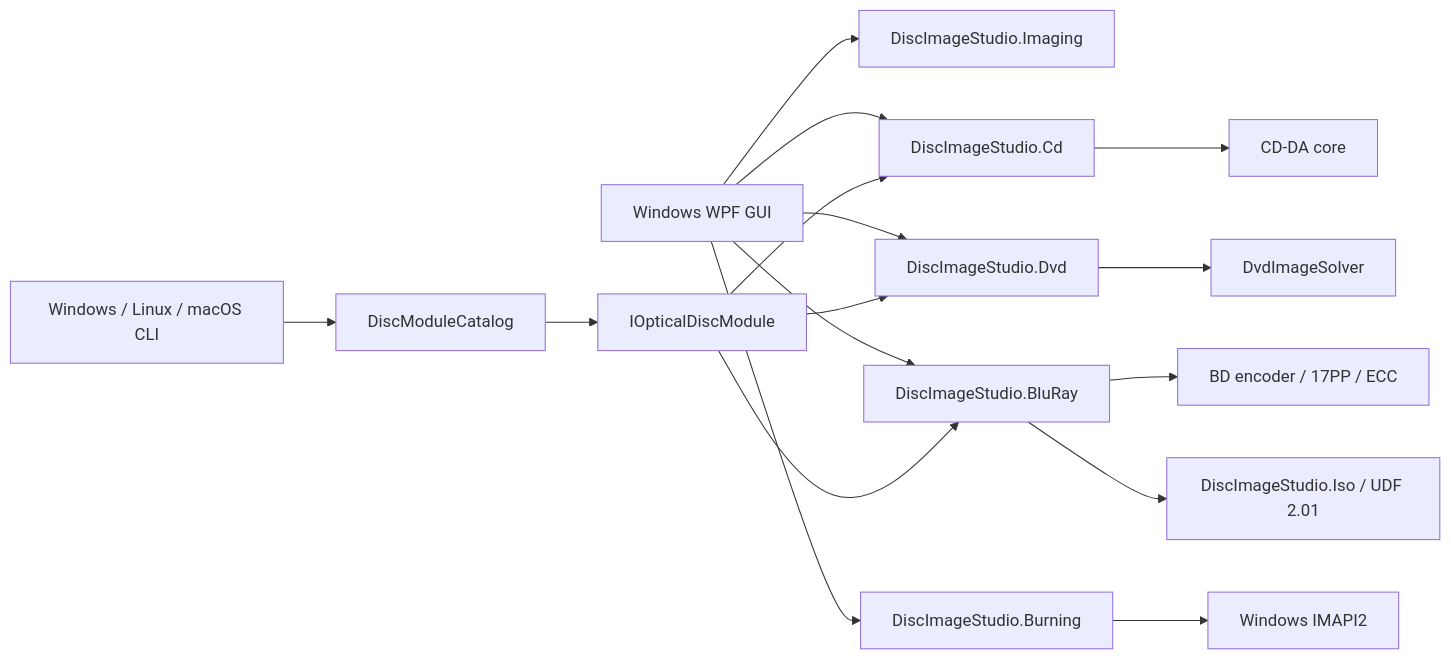
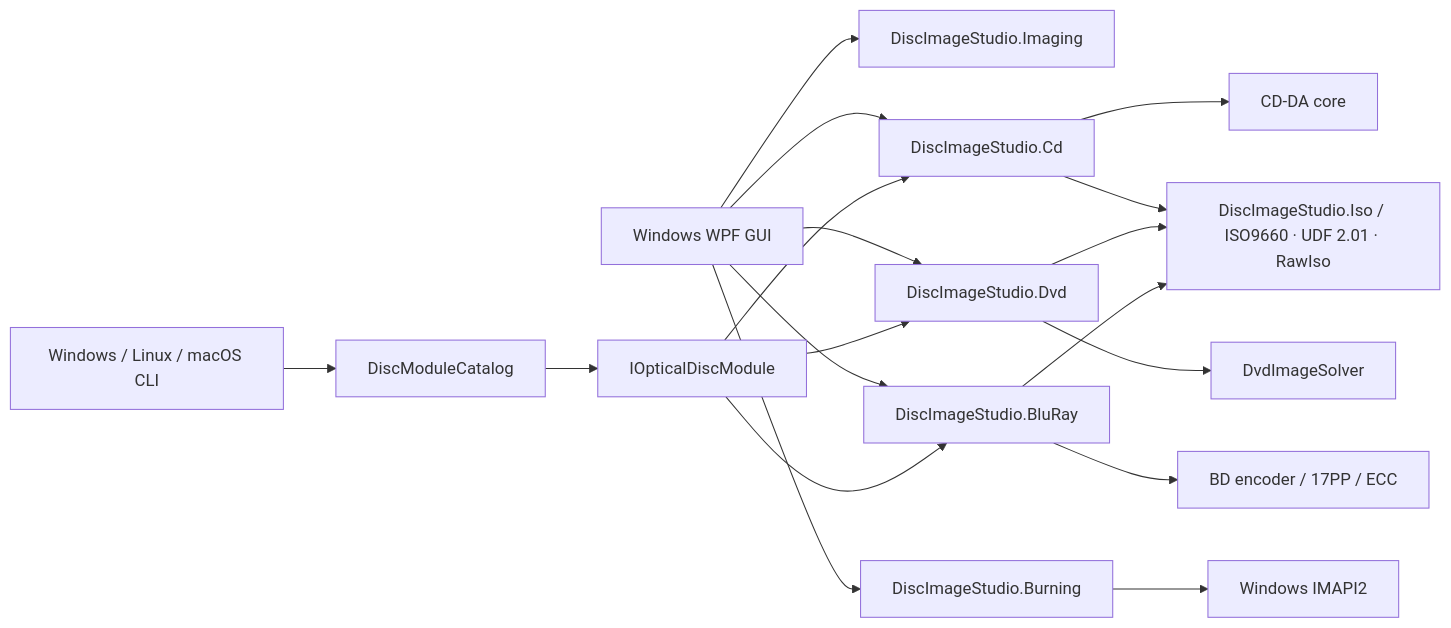
The diagram in docs/ARCHITECTURE.md (JiaFeiMiao-K-Cat/DiscImageStudio), drawn with Mermaid before and after one commit. The commit also changed other lines of this file and 41 other files, not shown here.

````diff
--- a/docs/ARCHITECTURE.md
+++ b/docs/ARCHITECTURE.md
@@ -7,18 +7,20 @@
 ```mermaid
 flowchart LR
     GUI[Windows WPF GUI] --> Imaging[DiscImageStudio.Imaging]
     GUI --> CD[DiscImageStudio.Cd]
     GUI --> DVD[DiscImageStudio.Dvd]
     GUI --> BD[DiscImageStudio.BluRay]
     CLI[Windows / Linux / macOS CLI] --> Catalog[DiscModuleCatalog]
     GUI --> Burning[DiscImageStudio.Burning]
     Burning --> IMAPI[Windows IMAPI2]
     Catalog --> Contract[IOpticalDiscModule]
     Contract --> CD[DiscImageStudio.Cd]
     Contract --> DVD[DiscImageStudio.Dvd]
     Contract --> BD[DiscImageStudio.BluRay]
     DVD --> Engine[DvdImageSolver]
     CD --> CdEngine[CD-DA core]
     BD --> BdEngine[BD encoder / 17PP / ECC]
-    BD --> Iso[DiscImageStudio.Iso / UDF 2.01]
+    CD --> Iso[DiscImageStudio.Iso / ISO9660 · UDF 2.01 · RawIso]
+    DVD --> Iso
+    BD --> Iso
 ```
````
